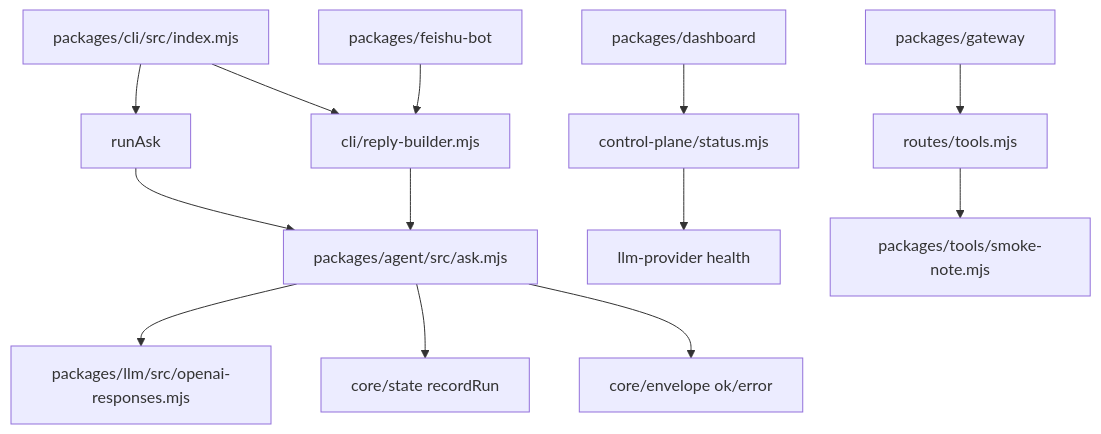
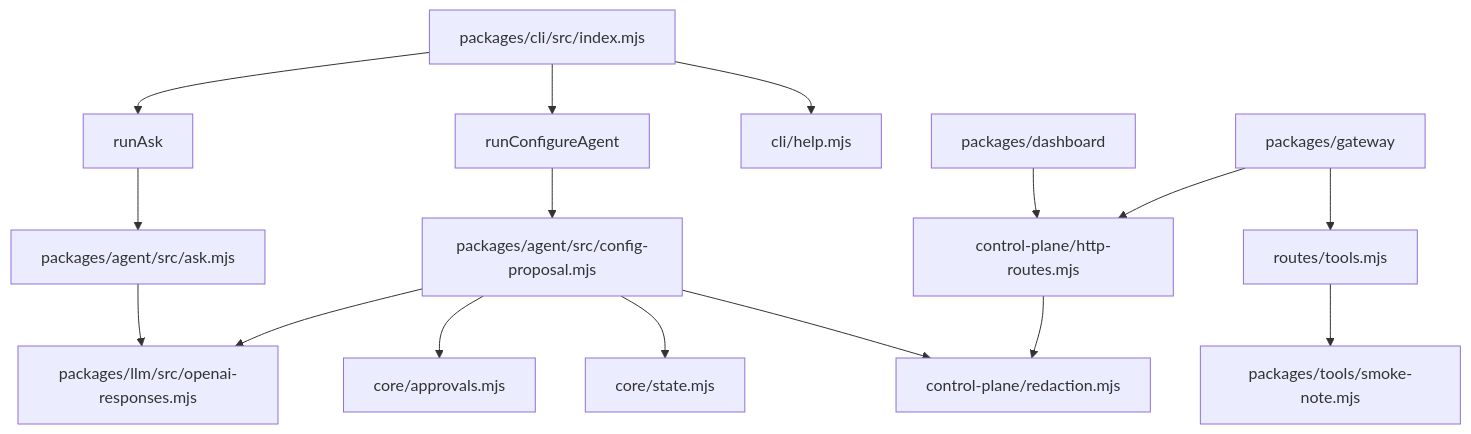
The third of 9 diagrams in docs/implementation-architecture.md (mayf3/myclaw), drawn with Mermaid before and after one commit. The commit also changed other lines of this file and 36 other files, not shown here.

Commit message:
feat: add agent config proposal smoke

````diff
--- a/docs/implementation-architecture.md
+++ b/docs/implementation-architecture.md
@@ -79,15 +85,18 @@
 ```mermaid
 flowchart TB
   CLI["packages/cli/src/index.mjs"] --> AskCmd["runAsk"]
-  CLI --> ReplyBuilder["cli/reply-builder.mjs"]
+  CLI --> ConfigCmd["runConfigureAgent"]
+  CLI --> Help["cli/help.mjs"]
   AskCmd --> AgentAsk["packages/agent/src/ask.mjs"]
-  ReplyBuilder --> AgentAsk
+  ConfigCmd --> AgentConfig["packages/agent/src/config-proposal.mjs"]
   AgentAsk --> OpenAIAdapter["packages/llm/src/openai-responses.mjs"]
-  AgentAsk --> StateStore["core/state recordRun"]
-  AgentAsk --> Envelope["core/envelope ok/error"]
-  FeishuBot["packages/feishu-bot"] --> ReplyBuilder
-  Dashboard["packages/dashboard"] --> Status["control-plane/status.mjs"]
-  Status --> Health["llm-provider health"]
-  Gateway["packages/gateway"] --> ToolRoutes["routes/tools.mjs"]
+  AgentConfig --> OpenAIAdapter
+  AgentConfig --> Approvals["core/approvals.mjs"]
+  AgentConfig --> StateStore["core/state.mjs"]
+  AgentConfig --> Redaction["control-plane/redaction.mjs"]
+  Dashboard["packages/dashboard"] --> ControlRoutes["control-plane/http-routes.mjs"]
+  Gateway["packages/gateway"] --> ControlRoutes
+  ControlRoutes --> Redaction
+  Gateway --> ToolRoutes["routes/tools.mjs"]
   ToolRoutes --> SmokeTool["packages/tools/smoke-note.mjs"]
 ```
````
